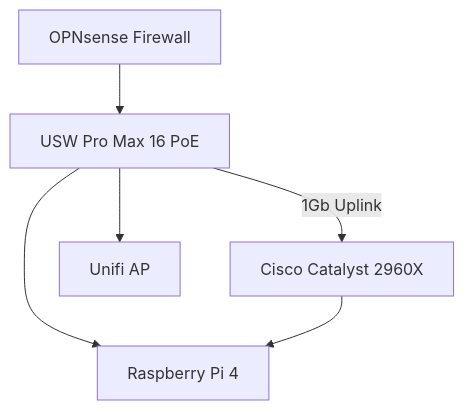
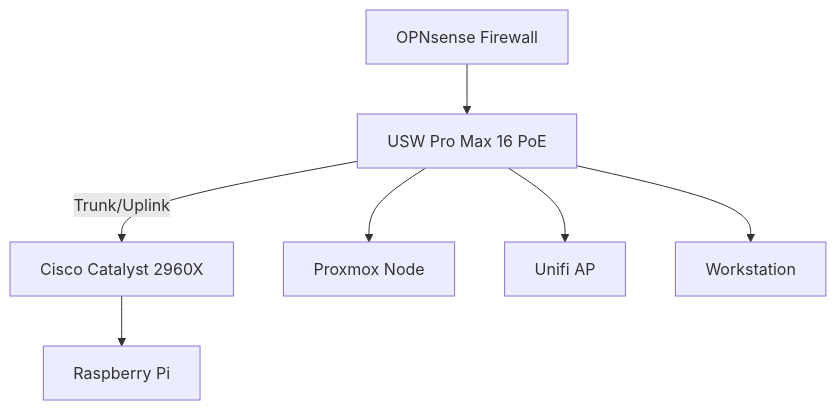
The diagram in docs/index.md (moshthesubnet/my-lab-docs), drawn with Mermaid before and after one commit.

````diff
--- a/docs/index.md
+++ b/docs/index.md
@@ -43,12 +43,23 @@
 ```mermaid
 graph TD
-    Firewall[OPNsense Firewall] --> MainSwitch[USW Pro Max 16 PoE]
-    MainSwitch -- 1Gb Uplink --> LabSwitch[Cisco Catalyst 2960X]
+    %% Define Nodes
+    Firewall[OPNsense Firewall]
+    MainSwitch[USW Pro Max 16 PoE]
+    LabSwitch[Cisco Catalyst 2960X]
     
-    %% Devices connected to Unifi Switch
-    MainSwitch --> AP[Unifi AP]
-    MainSwitch --> Server[Proxmox Node]
+    %% Endpoints
+    Server[Proxmox Node]
+    AP[Unifi AP]
+    PC[Workstation]
+    RP[Raspberry Pi]
 
-    %% Devices connected to Cisco Switch
-    LabSwitch --> Server[Raspberry Pi 4]
+    %% Connections
+    Firewall --> MainSwitch
+    MainSwitch -- Trunk/Uplink --> LabSwitch
+    
+    %% Device Connections
+    MainSwitch --> AP
+    MainSwitch --> PC
+    MainSwitch --> Server
+    LabSwitch --> RP
 ```
````
